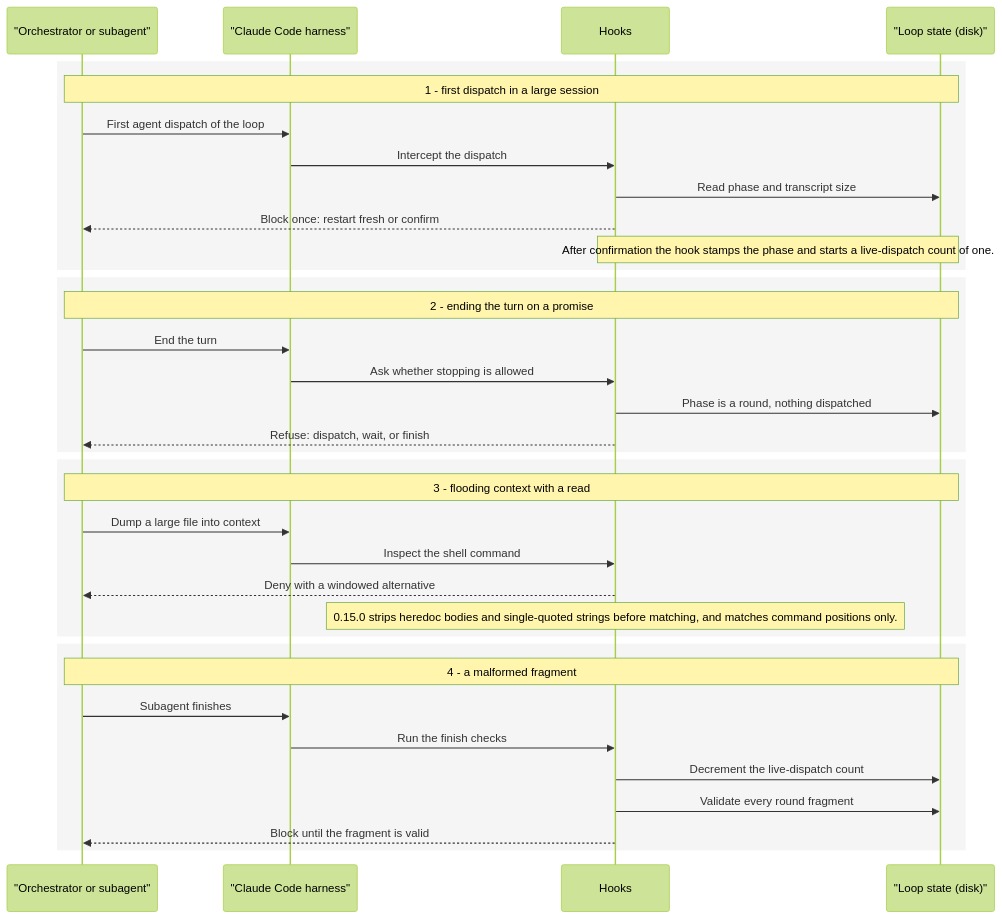
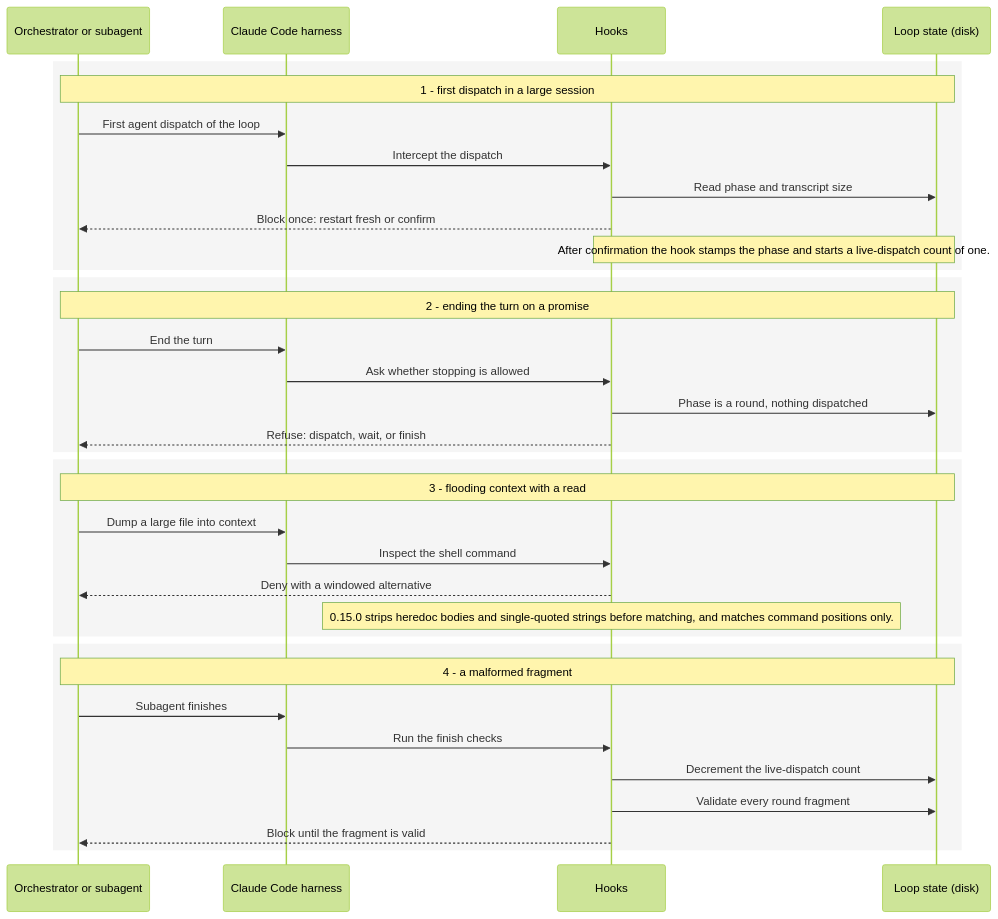
Diagram 15 of 19 in docs/architecture/qa-loop-tools.md (peterlit/quiller-claude-plugins), drawn with Mermaid (forest theme) before and after one commit. The commit also changed other lines of this file and 9 other files, not shown here.

````diff
--- a/docs/architecture/qa-loop-tools.md
+++ b/docs/architecture/qa-loop-tools.md
@@ -693,37 +693,37 @@
 ```mermaid
 sequenceDiagram
-    participant A as "Orchestrator or subagent"
-    participant CC as "Claude Code harness"
+    participant A as Orchestrator or subagent
+    participant CC as Claude Code harness
     participant HK as Hooks
-    participant L as "Loop state (disk)"
+    participant L as Loop state (disk)
     rect rgb(245,245,245)
         Note over A,L: 1 - first dispatch in a large session
         A->>CC: First agent dispatch of the loop
         CC->>HK: Intercept the dispatch
         HK->>L: Read phase and transcript size
         HK-->>A: Block once: restart fresh or confirm
         Note over HK,L: After confirmation the hook stamps the phase and starts a live-dispatch count of one.
     end
     rect rgb(245,245,245)
         Note over A,L: 2 - ending the turn on a promise
         A->>CC: End the turn
         CC->>HK: Ask whether stopping is allowed
         HK->>L: Phase is a round, nothing dispatched
         HK-->>A: Refuse: dispatch, wait, or finish
     end
     rect rgb(245,245,245)
         Note over A,L: 3 - flooding context with a read
         A->>CC: Dump a large file into context
         CC->>HK: Inspect the shell command
         HK-->>A: Deny with a windowed alternative
         Note over HK: 0.15.0 strips heredoc bodies and single-quoted strings before matching, and matches command positions only.
     end
     rect rgb(245,245,245)
         Note over A,L: 4 - a malformed fragment
         A->>CC: Subagent finishes
         CC->>HK: Run the finish checks
         HK->>L: Decrement the live-dispatch count
         HK->>L: Validate every round fragment
         HK-->>A: Block until the fragment is valid
     end
 ```
````
